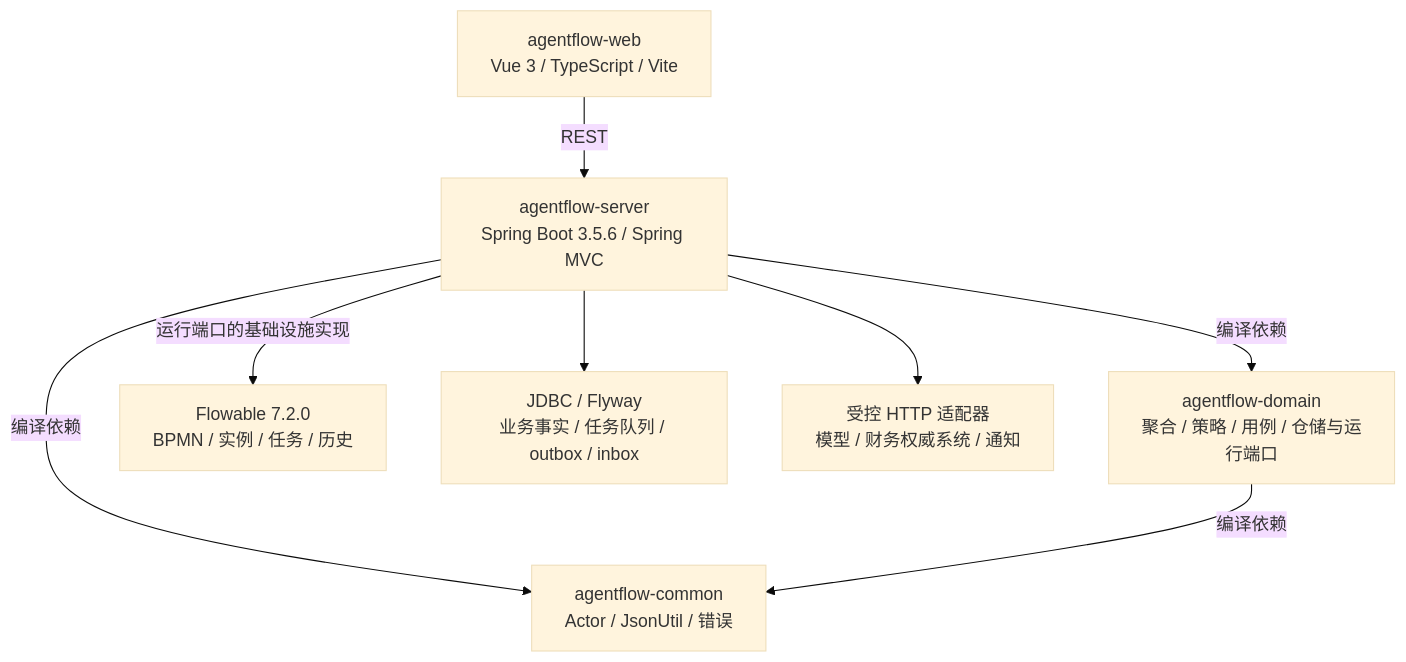
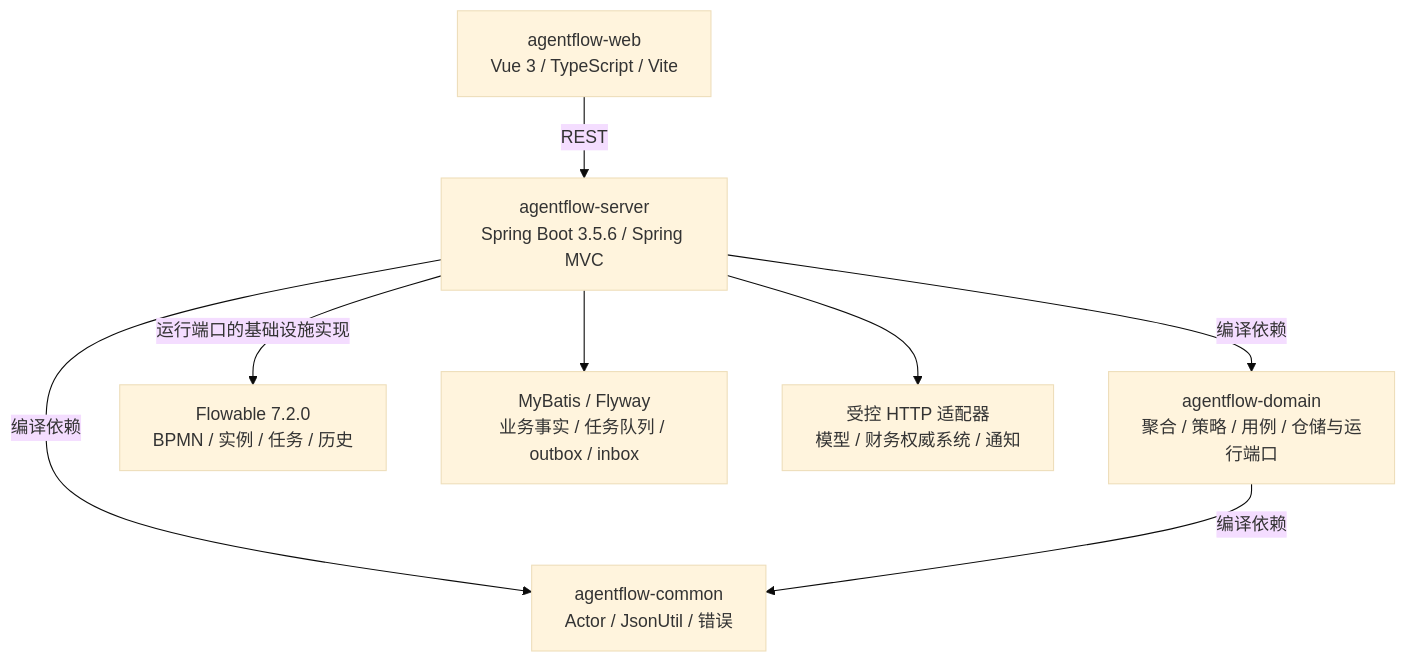
One commit to liulangjietou/agent-flow changed the third of 9 diagrams in README.md. Above: the diagram before and after it, drawn with Mermaid (base theme). The commit also changed other lines of this file, not shown here.

````diff
--- a/README.md
+++ b/README.md
@@ -88,17 +133,17 @@
 ```mermaid
 flowchart TB
     WEB["agentflow-web<br/>Vue 3 / TypeScript / Vite"]
     SERVER["agentflow-server<br/>Spring Boot 3.5.6 / Spring MVC"]
     DOMAIN["agentflow-domain<br/>聚合 / 策略 / 用例 / 仓储与运行端口"]
     COMMON["agentflow-common<br/>Actor / JsonUtil / 错误"]
     ENGINE["Flowable 7.2.0<br/>BPMN / 实例 / 任务 / 历史"]
-    JDBC["JDBC / Flyway<br/>业务事实 / 任务队列 / outbox / inbox"]
+    SQL["MyBatis / Flyway<br/>业务事实 / 任务队列 / outbox / inbox"]
     EXTERNAL["受控 HTTP 适配器<br/>模型 / 财务权威系统 / 通知"]
     WEB -- "REST" --> SERVER
     SERVER -- "编译依赖" --> DOMAIN
     SERVER -- "编译依赖" --> COMMON
     DOMAIN -- "编译依赖" --> COMMON
     SERVER -- "运行端口的基础设施实现" --> ENGINE
-    SERVER --> JDBC
+    SERVER --> SQL
     SERVER --> EXTERNAL
 ```
````
